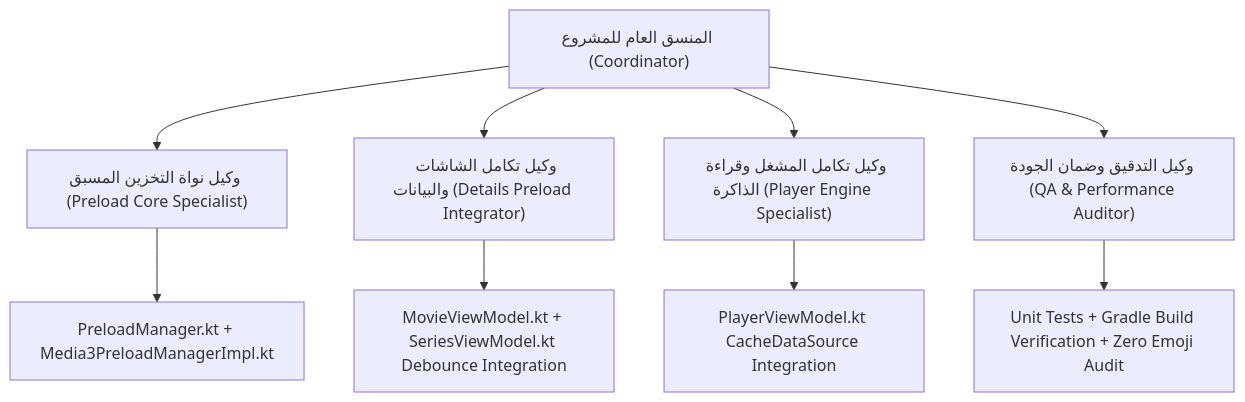
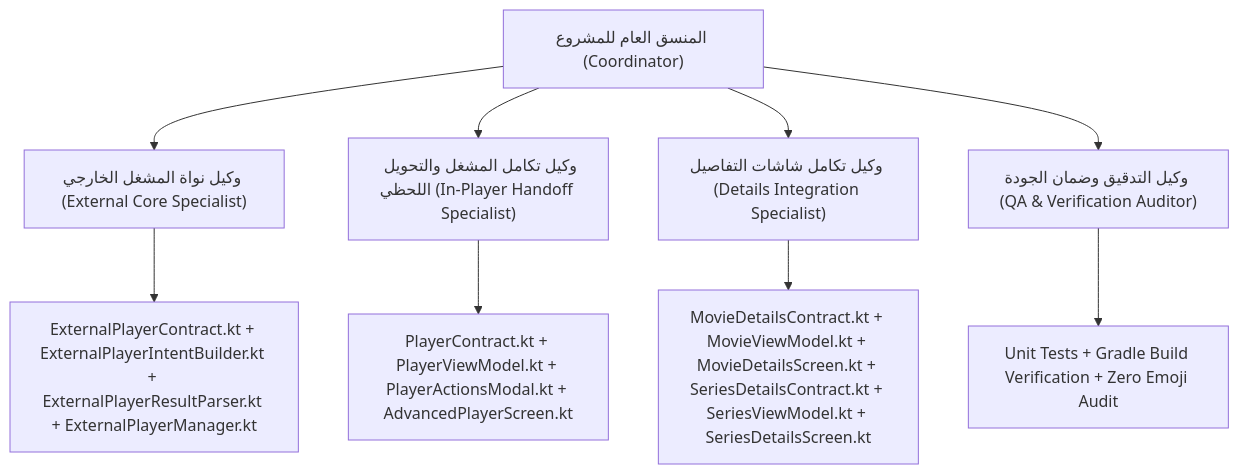
Before and after one commit to 0s-a/mdd-tv: the diagram in tasks/active_task.md, drawn with Mermaid. The commit also changed other lines of this file and 8 other files, not shown here.

````diff
--- a/tasks/active_task.md
+++ b/tasks/active_task.md
@@ -13,12 +12,12 @@
 ```mermaid
 flowchart TD
-    Coordinator["المنسق العام للمشروع (Coordinator)"] --> Worker1["وكيل نواة التخزين المسبق (Preload Core Specialist)"]
-    Coordinator --> Worker2["وكيل تكامل الشاشات والبيانات (Details Preload Integrator)"]
-    Coordinator --> Worker3["وكيل تكامل المشغل وقراءة الذاكرة (Player Engine Specialist)"]
-    Coordinator --> Worker4["وكيل التدقيق وضمان الجودة (QA & Performance Auditor)"]
+    Coordinator["المنسق العام للمشروع (Coordinator)"] --> Worker1["وكيل نواة المشغل الخارجي (External Core Specialist)"]
+    Coordinator --> Worker2["وكيل تكامل المشغل والتحويل اللحظي (In-Player Handoff Specialist)"]
+    Coordinator --> Worker3["وكيل تكامل شاشات التفاصيل (Details Integration Specialist)"]
+    Coordinator --> Worker4["وكيل التدقيق وضمان الجودة (QA & Verification Auditor)"]
 
-    Worker1 --> F1["PreloadManager.kt + Media3PreloadManagerImpl.kt"]
-    Worker2 --> F2["MovieViewModel.kt + SeriesViewModel.kt Debounce Integration"]
-    Worker3 --> F3["PlayerViewModel.kt CacheDataSource Integration"]
+    Worker1 --> F1["ExternalPlayerContract.kt + ExternalPlayerIntentBuilder.kt + ExternalPlayerResultParser.kt + ExternalPlayerManager.kt"]
+    Worker2 --> F2["PlayerContract.kt + PlayerViewModel.kt + PlayerActionsModal.kt + AdvancedPlayerScreen.kt"]
+    Worker3 --> F3["MovieDetailsContract.kt + MovieViewModel.kt + MovieDetailsScreen.kt + SeriesDetailsContract.kt + SeriesViewModel.kt + SeriesDetailsScreen.kt"]
     Worker4 --> F4["Unit Tests + Gradle Build Verification + Zero Emoji Audit"]
 ```
````
